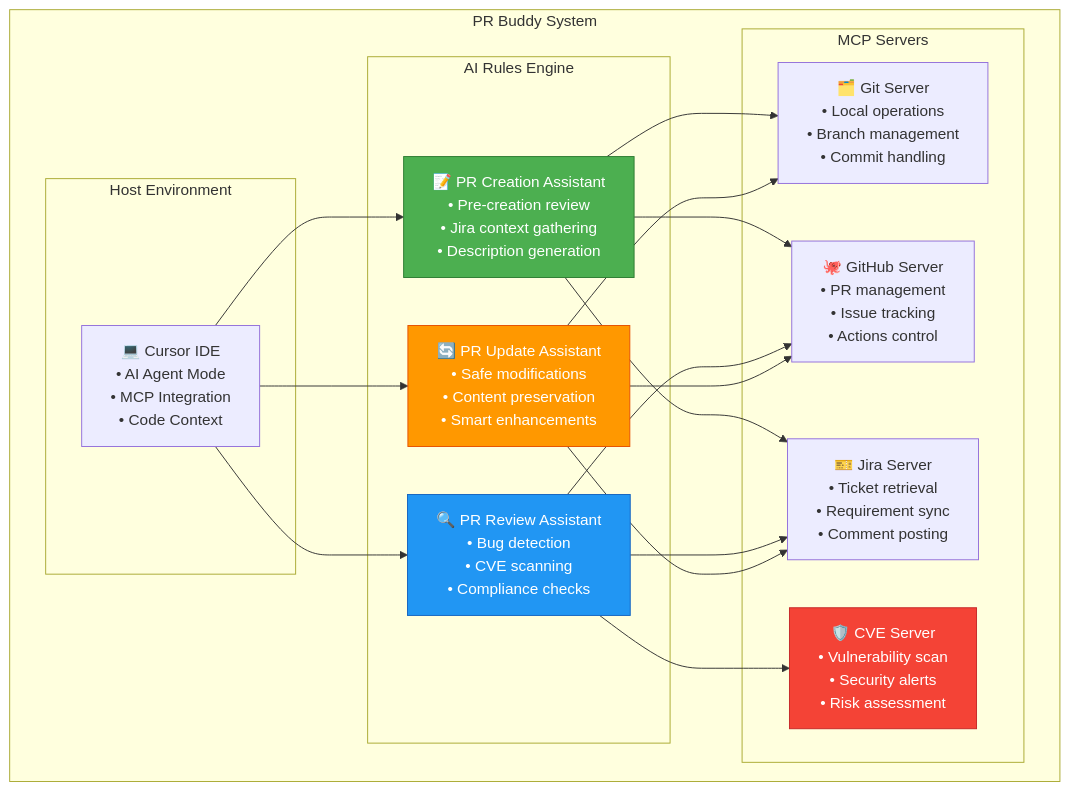
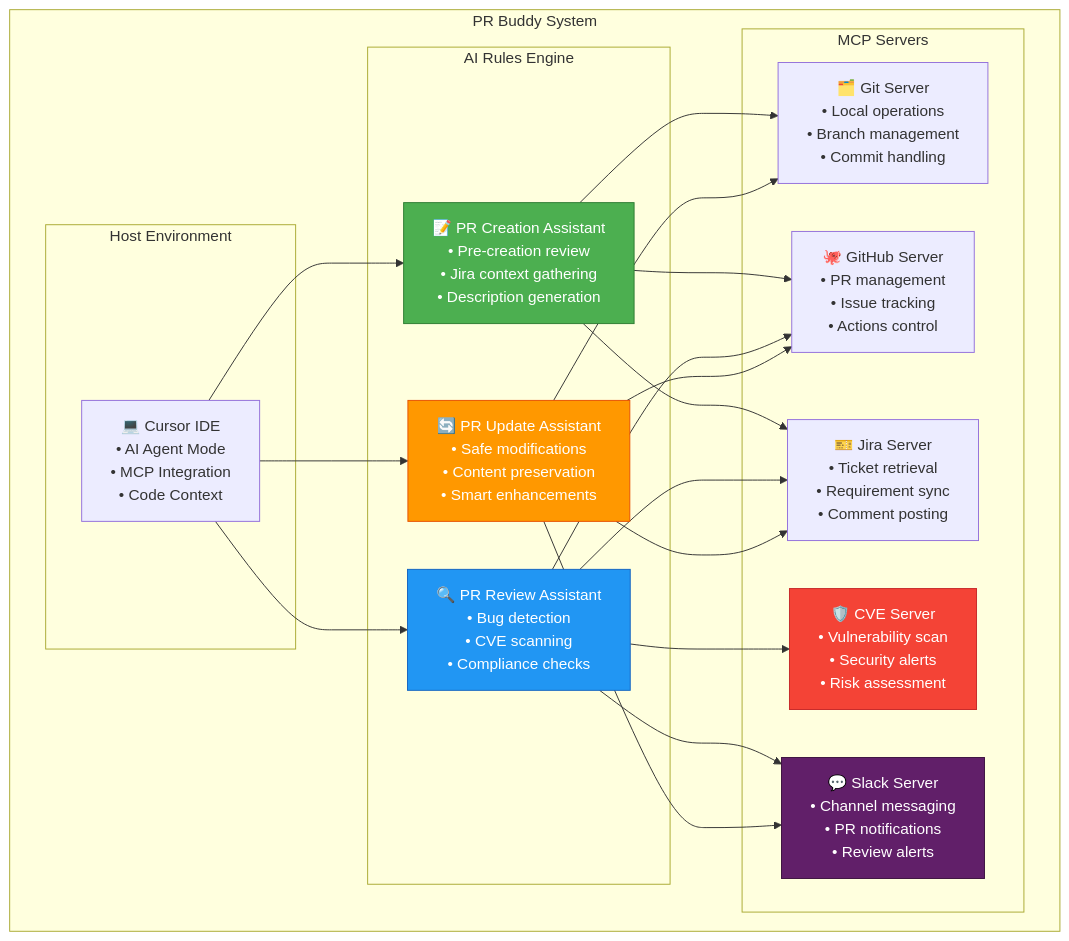
The first of 11 diagrams in docs/ARCHITECTURE.md (Arnabdaz/PR_Buddy), drawn with Mermaid before and after one commit. The commit also changed other lines of this file and 6 other files, not shown here.

First line of the commit message:
feat: add Slack MCP server as submodule

````diff
--- a/docs/ARCHITECTURE.md
+++ b/docs/ARCHITECTURE.md
@@ -21,42 +21,46 @@
 ```mermaid
 graph TB
     subgraph "PR Buddy System"
         subgraph "AI Rules Engine"
             PR_CREATE["📝 PR Creation Assistant<br/>• Pre-creation review<br/>• Jira context gathering<br/>• Description generation"]
             PR_REVIEW["🔍 PR Review Assistant<br/>• Bug detection<br/>• CVE scanning<br/>• Compliance checks"]
             PR_UPDATE["🔄 PR Update Assistant<br/>• Safe modifications<br/>• Content preservation<br/>• Smart enhancements"]
         end
 
         subgraph "MCP Servers"
             GIT["🗂️ Git Server<br/>• Local operations<br/>• Branch management<br/>• Commit handling"]
             GITHUB["🐙 GitHub Server<br/>• PR management<br/>• Issue tracking<br/>• Actions control"]
             JIRA["🎫 Jira Server<br/>• Ticket retrieval<br/>• Requirement sync<br/>• Comment posting"]
             CVE["🛡️ CVE Server<br/>• Vulnerability scan<br/>• Security alerts<br/>• Risk assessment"]
+            SLACK["💬 Slack Server<br/>• Channel messaging<br/>• PR notifications<br/>• Review alerts"]
         end
 
         subgraph "Host Environment"
             CURSOR["💻 Cursor IDE<br/>• AI Agent Mode<br/>• MCP Integration<br/>• Code Context"]
         end
     end
 
     CURSOR --> PR_CREATE
     CURSOR --> PR_REVIEW
     CURSOR --> PR_UPDATE
 
     PR_CREATE --> GIT
     PR_CREATE --> GITHUB
     PR_CREATE --> JIRA
 
     PR_REVIEW --> GITHUB
     PR_REVIEW --> JIRA
     PR_REVIEW --> CVE
+    PR_REVIEW --> SLACK
 
     PR_UPDATE --> GIT
     PR_UPDATE --> GITHUB
     PR_UPDATE --> JIRA
+    PR_UPDATE --> SLACK
 
     style PR_CREATE fill:#4CAF50,stroke:#2E7D32,color:#fff
     style PR_REVIEW fill:#2196F3,stroke:#1565C0,color:#fff
     style PR_UPDATE fill:#FF9800,stroke:#E65100,color:#fff
     style CVE fill:#F44336,stroke:#C62828,color:#fff
+    style SLACK fill:#611f69,stroke:#3d1240,color:#fff
 ```
````
